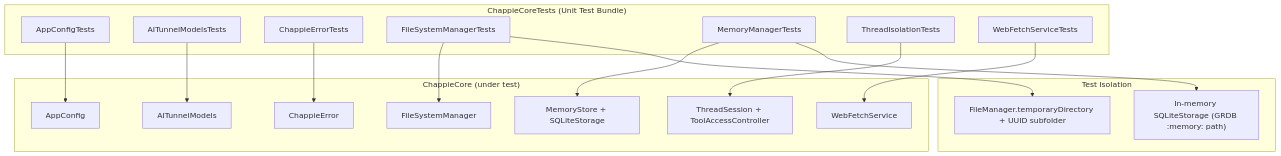
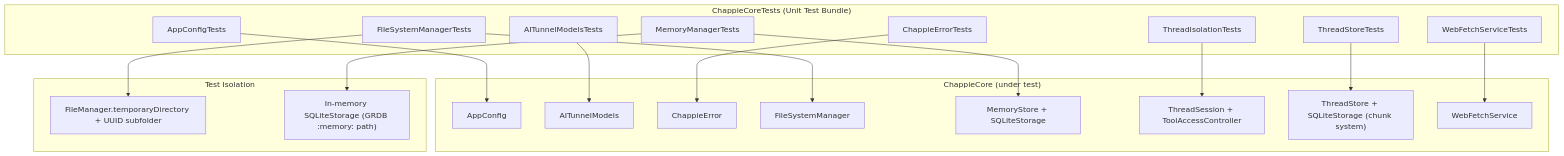
One commit to iOSIvanovS/chappieai changed the diagram in ChappieCoreTests/architecture.md. Above: the diagram before and after it, drawn with Mermaid. The commit also changed other lines of this file and 2 other files, not shown here.

Commit message:
TD-10: add ThreadStore chunk system tests (14 tests, all green)

````diff
--- a/ChappieCoreTests/architecture.md
+++ b/ChappieCoreTests/architecture.md
@@ -42,38 +43,41 @@
 ```mermaid
 graph TD
     subgraph TestTarget["ChappieCoreTests (Unit Test Bundle)"]
         ACT["AppConfigTests"]
         ATMT["AITunnelModelsTests"]
         CET["ChappieErrorTests"]
         FSMT["FileSystemManagerTests"]
         MMT["MemoryManagerTests"]
         TIT["ThreadIsolationTests"]
+        TSTT["ThreadStoreTests"]
         WFST["WebFetchServiceTests"]
     end
 
     subgraph Core["ChappieCore (under test)"]
         AC["AppConfig"]
         ATM["AITunnelModels"]
         CE["ChappieError"]
         FSM["FileSystemManager"]
         MemM["MemoryStore + SQLiteStorage"]
         TS["ThreadSession + ToolAccessController"]
+        TST["ThreadStore + SQLiteStorage (chunk system)"]
         WFS["WebFetchService"]
     end
 
     ACT --> AC
     ATMT --> ATM
     CET --> CE
     FSMT --> FSM
     MMT --> MemM
     TIT --> TS
+    TSTT --> TST
     WFST --> WFS
 
     subgraph Isolation["Test Isolation"]
         TmpDir["FileManager.temporaryDirectory + UUID subfolder"]
         InMemDB["In-memory SQLiteStorage (GRDB :memory: path)"]
     end
 
     MMT --> InMemDB
     FSMT --> TmpDir
 ```
````
